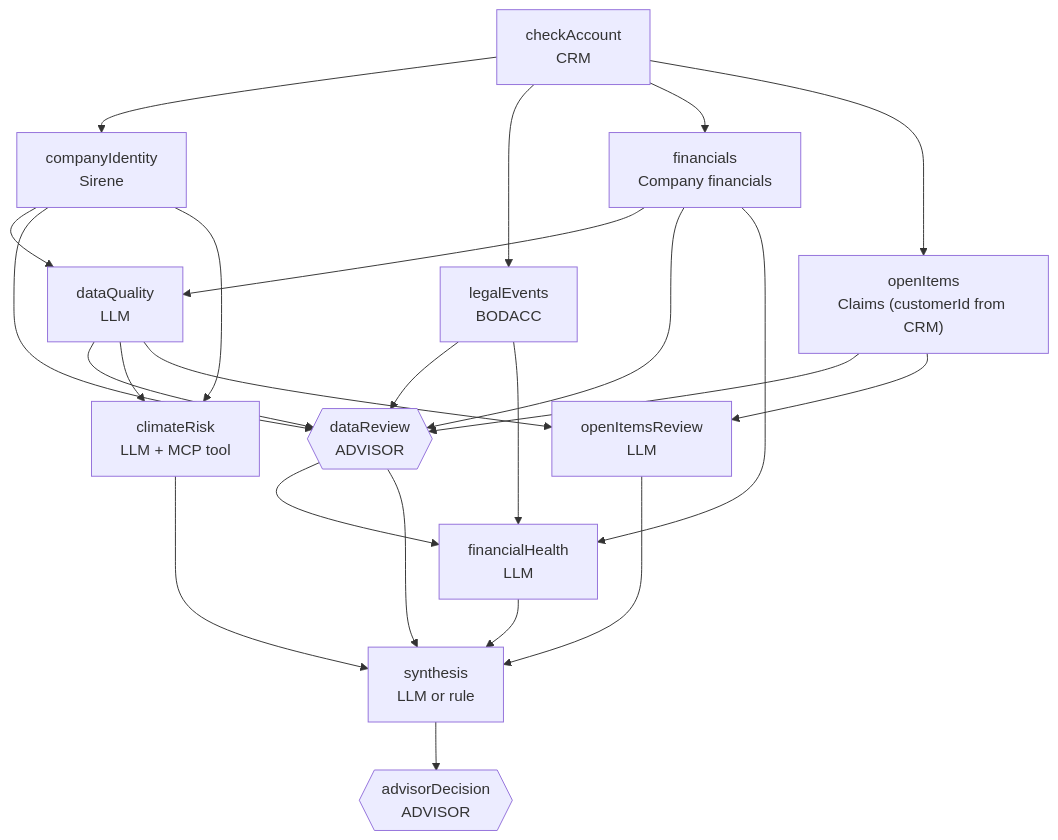
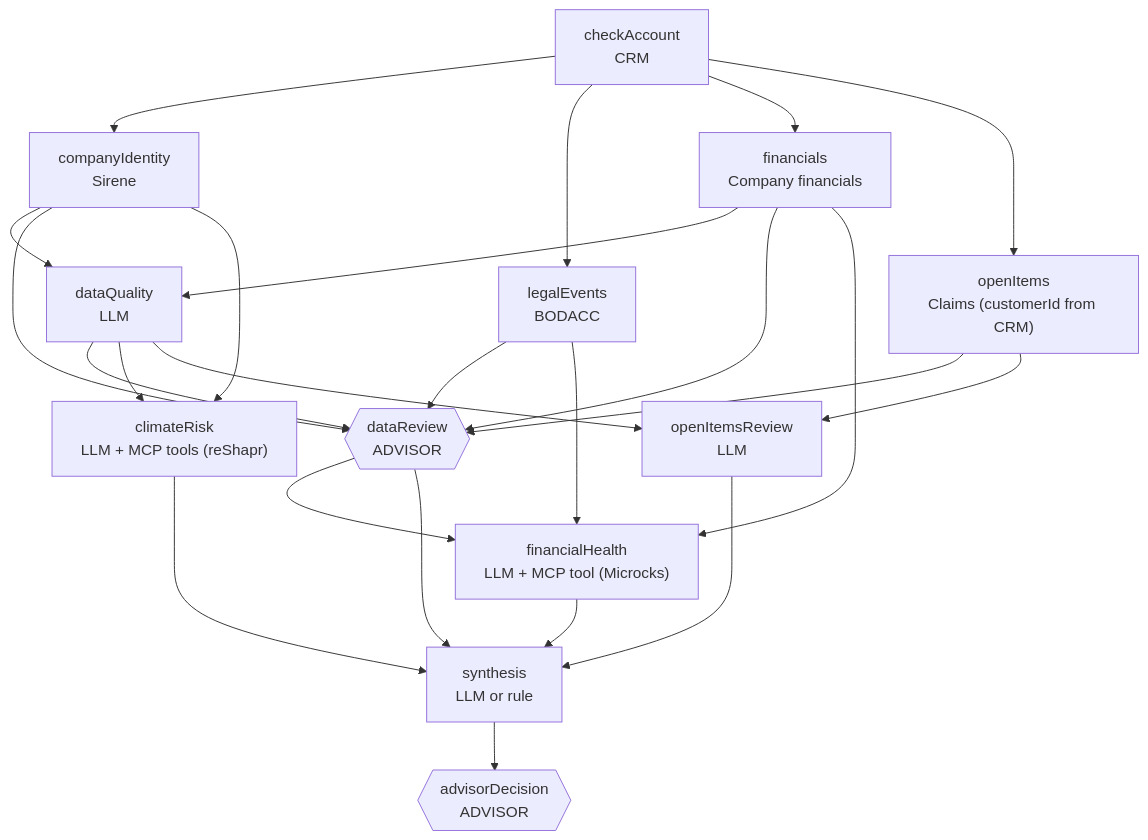
Before and after one commit to SebastienDegodez/microcks-arazzo-insurance-demo: the second of 4 diagrams in README.md, drawn with Mermaid. The commit also changed other lines of this file and 67 other files, not shown here.

First line of the commit message:
refactor: standard agent/MCP libraries, two MCP tool examples, JS dispatchers, split contracts

````diff
--- a/README.md
+++ b/README.md
@@ -131,17 +135,17 @@
 ```mermaid
 flowchart TD
     checkAccount["checkAccount<br/>CRM"] --> companyIdentity["companyIdentity<br/>Sirene"]
     checkAccount --> legalEvents["legalEvents<br/>BODACC"]
     checkAccount --> financials["financials<br/>Company financials"]
     checkAccount --> openItems["openItems<br/>Claims (customerId from CRM)"]
     companyIdentity --> dataQuality["dataQuality<br/>LLM"]
     financials --> dataQuality
     companyIdentity & legalEvents & financials & openItems & dataQuality --> dataReview{{"dataReview<br/>ADVISOR"}}
-    companyIdentity --> climateRisk["climateRisk<br/>LLM + MCP tool"]
+    companyIdentity --> climateRisk["climateRisk<br/>LLM + MCP tools (reShapr)"]
     dataQuality --> climateRisk
     openItems --> openItemsReview["openItemsReview<br/>LLM"]
     dataQuality --> openItemsReview
-    financials & legalEvents & dataReview --> financialHealth["financialHealth<br/>LLM"]
+    financials & legalEvents & dataReview --> financialHealth["financialHealth<br/>LLM + MCP tool (Microcks)"]
     climateRisk & openItemsReview & financialHealth & dataReview --> synthesis["synthesis<br/>LLM or rule"]
     synthesis --> advisorDecision{{"advisorDecision<br/>ADVISOR"}}
 ```
````
